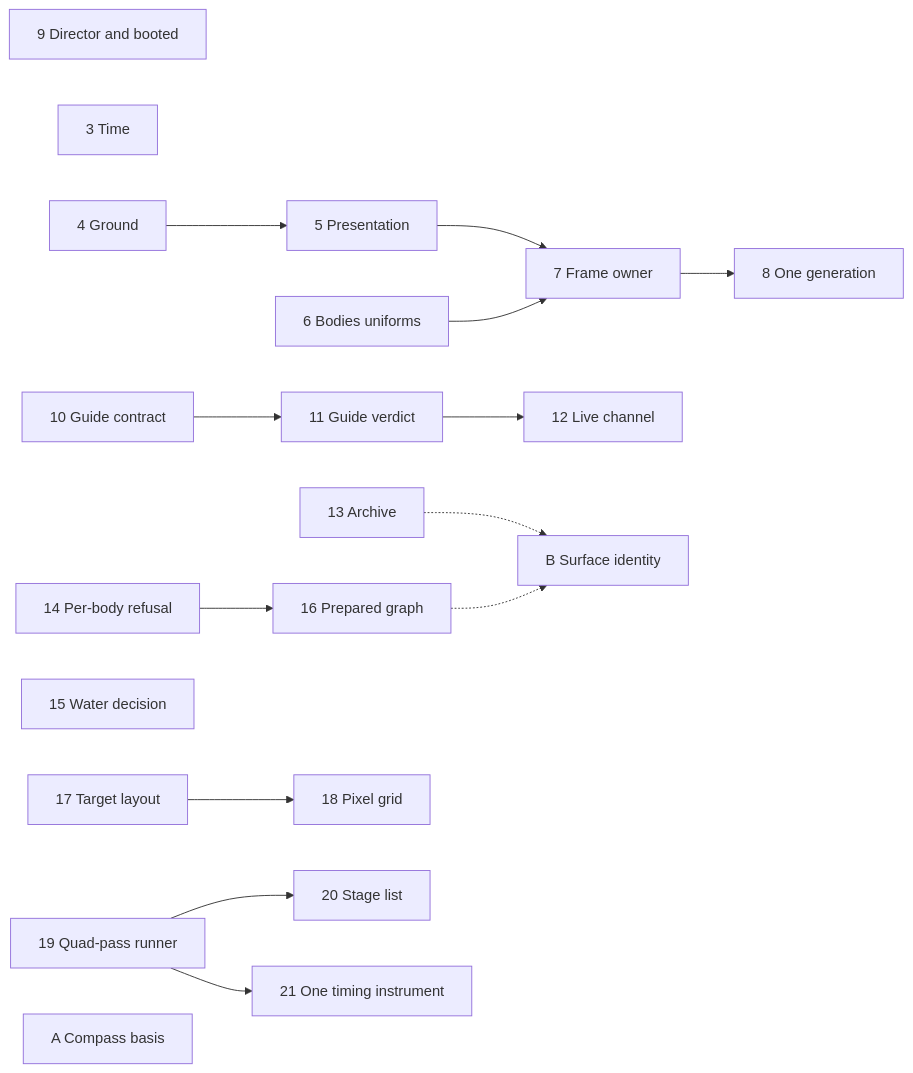
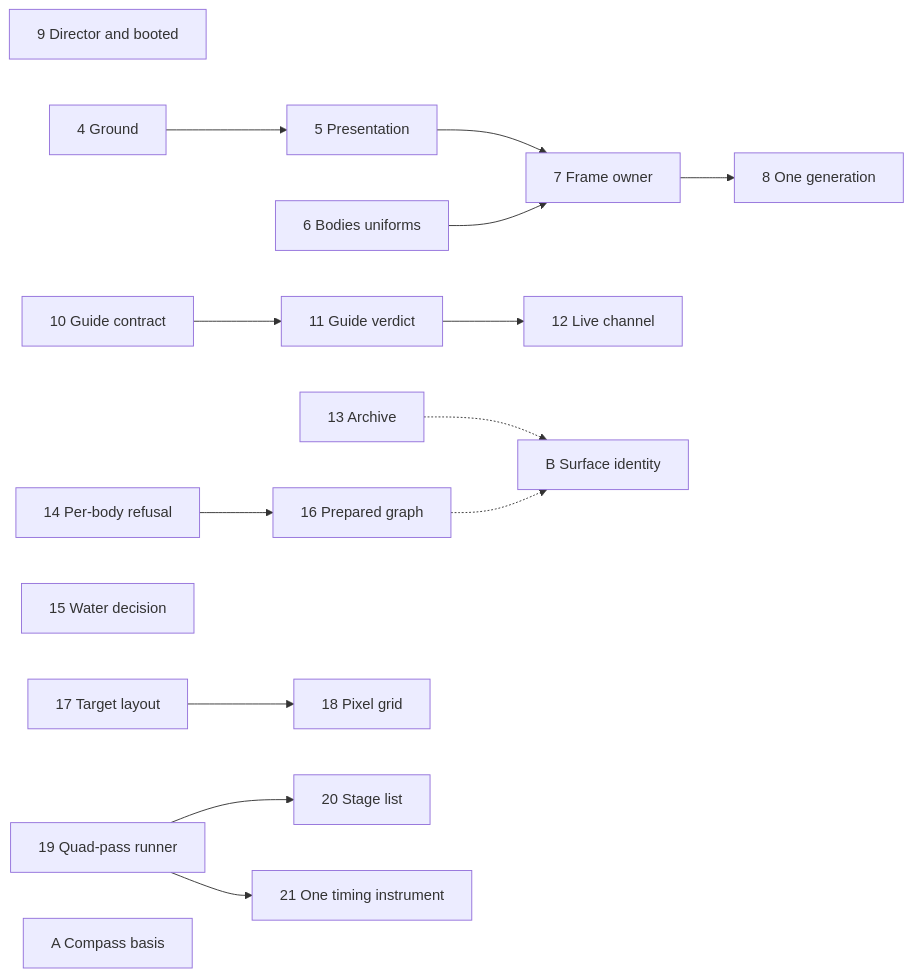
Before and after one commit to jonjaques/inertialref: the diagram in design/plans/arch-review.md, drawn with Mermaid. The commit also changed other lines of this file and 18 other files, not shown here.

````diff
--- a/design/plans/arch-review.md
+++ b/design/plans/arch-review.md
@@ -70,19 +70,18 @@
 ```mermaid
 flowchart LR
   P9[9 Director and booted]
-  P3[3 Time]
   P4[4 Ground] --> P5[5 Presentation]
   P5 --> P7[7 Frame owner]
   P6[6 Bodies uniforms] --> P7
   P7 --> P8[8 One generation]
   P10[10 Guide contract] --> P11[11 Guide verdict] --> P12[12 Live channel]
   P13[13 Archive]
   P14[14 Per-body refusal] --> P16[16 Prepared graph]
   P15[15 Water decision]
   P17[17 Target layout] --> P18[18 Pixel grid]
   P19[19 Quad-pass runner] --> P20[20 Stage list]
   P19 --> P21[21 One timing instrument]
   A[A Compass basis]
   P13 -.-> B[B Surface identity]
   P16 -.-> B
 ```
````
